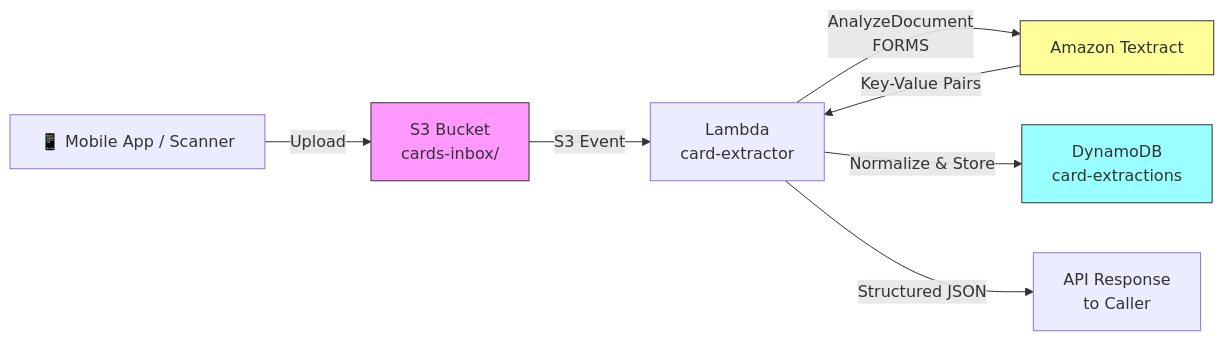
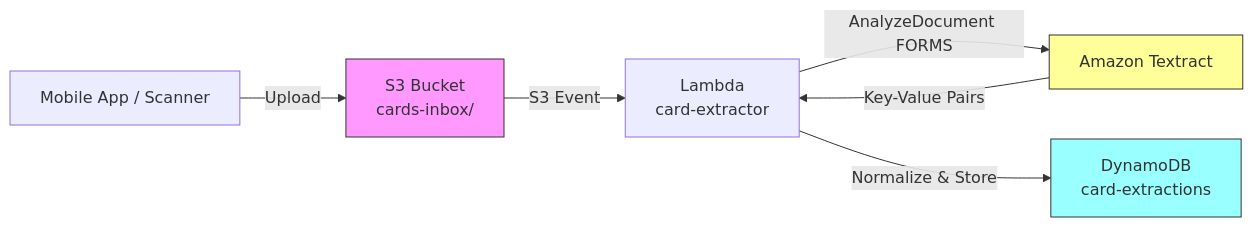
One commit to ccrngd1/HCLS-ai-book changed the diagram in chapter01.01-architecture.md. Above: the diagram before and after it, drawn with Mermaid. The commit also changed other lines of this file and 185 other files, not shown here.

````diff
--- a/chapter01.01-architecture.md
+++ b/chapter01.01-architecture.md
@@ -23,13 +23,11 @@
 ```mermaid
 flowchart LR
-    A[📱 Mobile App / Scanner] -->|Upload| B[S3 Bucket\ncards-inbox/]
-    B -->|S3 Event| C[Lambda\ncard-extractor]
-    C -->|AnalyzeDocument\nFORMS| D[Amazon Textract]
+    A[Mobile App / Scanner] -->|Upload| B["S3 Bucket<br/>cards-inbox/"]
+    B -->|S3 Event| C["Lambda<br/>card-extractor"]
+    C -->|AnalyzeDocument FORMS| D[Amazon Textract]
     D -->|Key-Value Pairs| C
-    C -->|Normalize & Store| E[DynamoDB\ncard-extractions]
-    C -->|Structured JSON| F[API Response\nto Caller]
-
+    C -->|Normalize & Store| E["DynamoDB<br/>card-extractions"]
     style B fill:#f9f,stroke:#333
     style D fill:#ff9,stroke:#333
     style E fill:#9ff,stroke:#333
 ```
````
